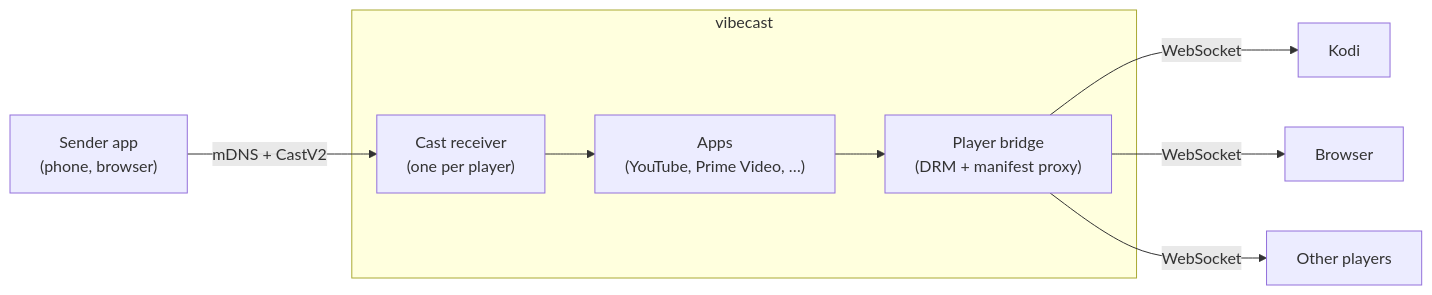
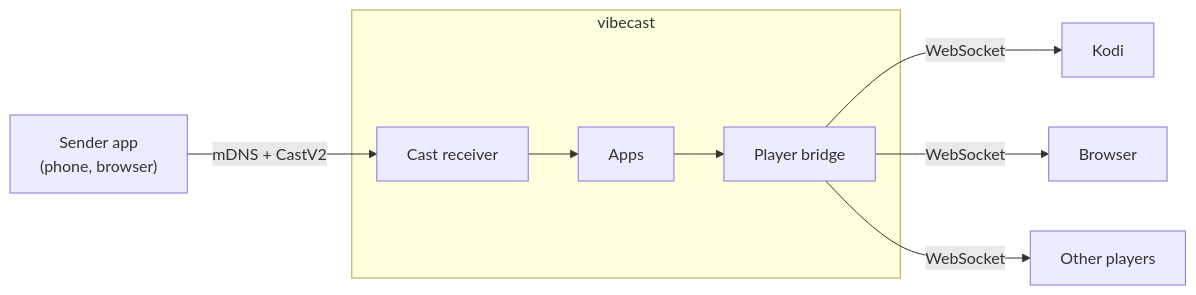
Before and after one commit to emilsvennesson/vibecast: the diagram in README.md, drawn with Mermaid.

Commit message:
docs: trim diagram labels

````diff
--- a/README.md
+++ b/README.md
@@ -16,16 +16,16 @@
 ```mermaid
 flowchart LR
     sender["Sender app<br/>(phone, browser)"]
 
     subgraph vibecast
-        receiver["Cast receiver<br/>(one per player)"]
-        apps["Apps<br/>(YouTube, Prime Video, …)"]
-        bridge["Player bridge<br/>(DRM + manifest proxy)"]
+        receiver["Cast receiver"]
+        apps["Apps"]
+        bridge["Player bridge"]
         receiver --> apps --> bridge
     end
 
     sender -- "mDNS + CastV2" --> receiver
     bridge -- "WebSocket" --> kodi["Kodi"]
     bridge -- "WebSocket" --> browser["Browser"]
     bridge -- "WebSocket" --> other["Other players"]
 ```
````
